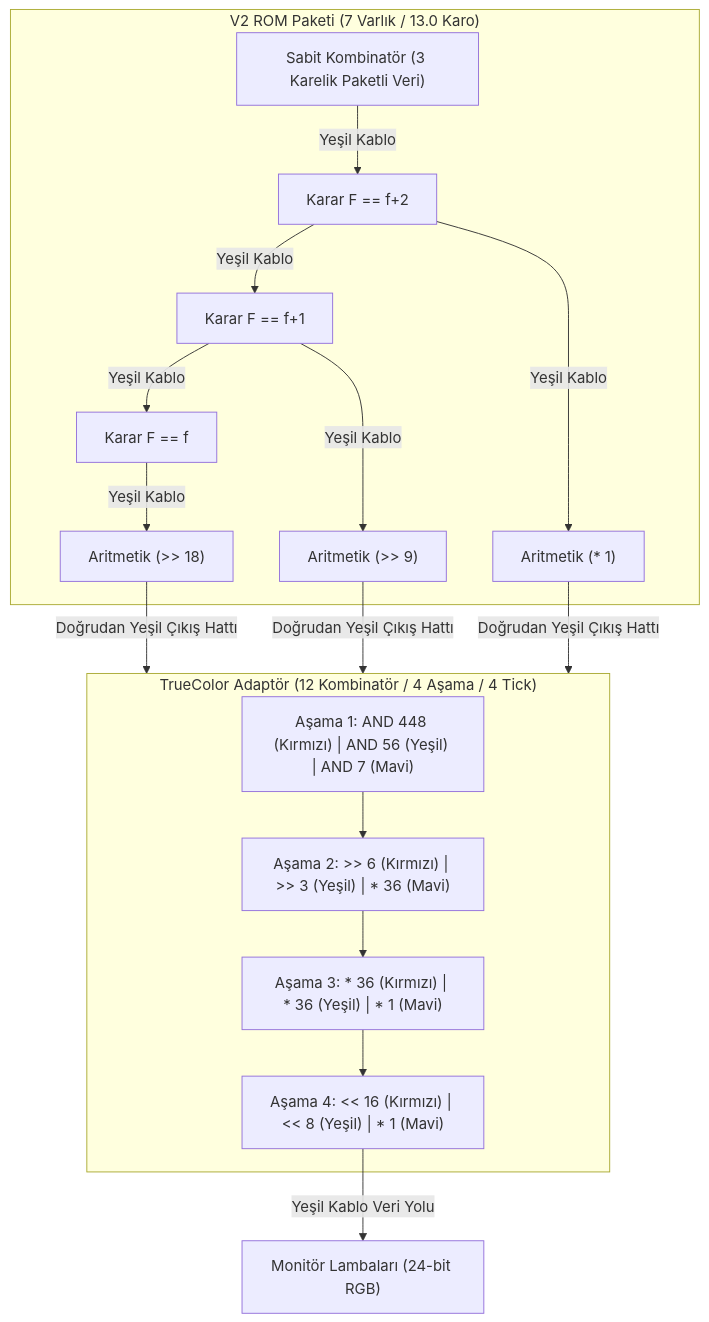
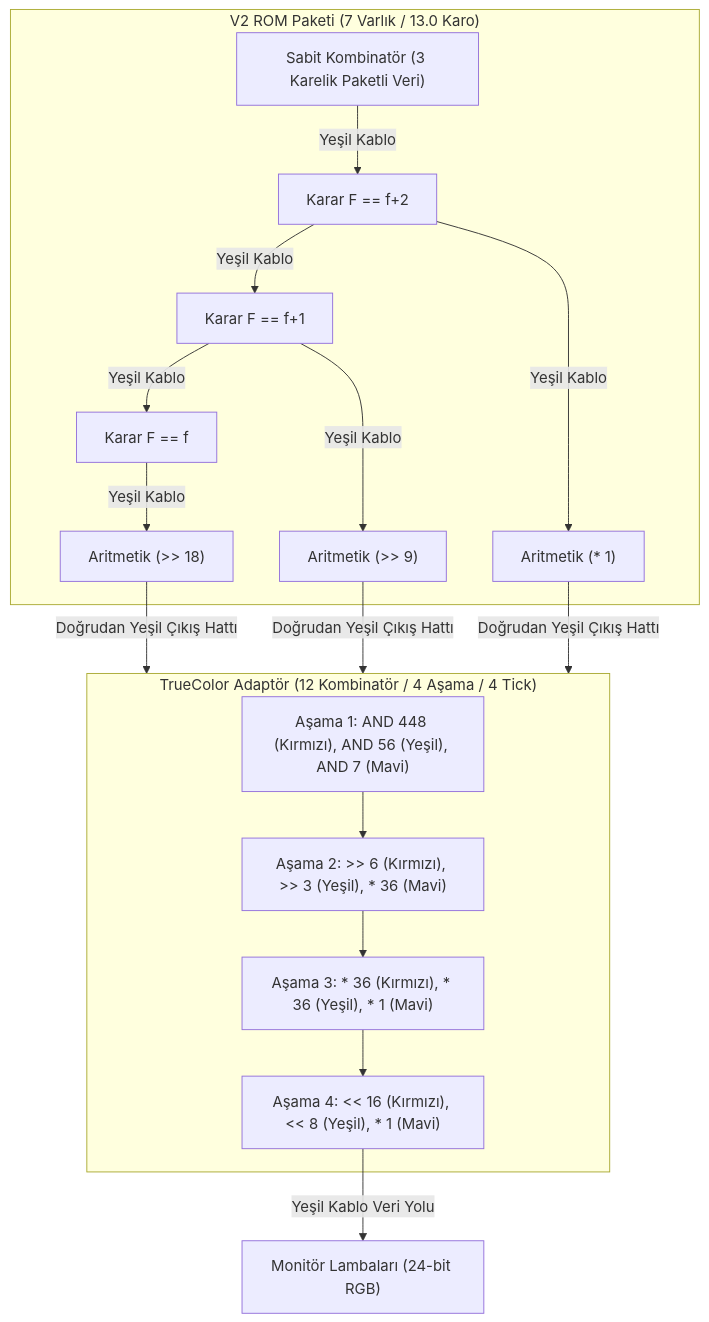
One commit to Lexanspe/Video-to-Factorio-Blueprint changed the fourth of 4 diagrams in docs/CIRCUIT_ENGINE_V1_V2_ARCHITECTURE.md. Above: the diagram before and after it, drawn with Mermaid. The commit also changed other lines of this file and 23 other files, not shown here.

````diff
--- a/docs/CIRCUIT_ENGINE_V1_V2_ARCHITECTURE.md
+++ b/docs/CIRCUIT_ENGINE_V1_V2_ARCHITECTURE.md
@@ -186,27 +186,27 @@
 ```mermaid
 graph TD
     subgraph ROM_Paketi["V2 ROM Paketi (7 Varlık / 13.0 Karo)"]
         CC["Sabit Kombinatör (3 Karelik Paketli Veri)"]
-        CC -->|Yeşil Kablo| D2["Karar F == f+2"]
-        D2 -->|Yeşil Kablo| D1["Karar F == f+1"]
-        D1 -->|Yeşil Kablo| D0["Karar F == f"]
+        CC -->|"Yeşil Kablo"| D2["Karar F == f+2"]
+        D2 -->|"Yeşil Kablo"| D1["Karar F == f+1"]
+        D1 -->|"Yeşil Kablo"| D0["Karar F == f"]
 
-        D0 -->|Yeşil Kablo| S0["Aritmetik (>> 18)"]
-        D1 -->|Yeşil Kablo| S1["Aritmetik (>> 9)"]
-        D2 -->|Yeşil Kablo| S2["Aritmetik (* 1)"]
+        D0 -->|"Yeşil Kablo"| S0["Aritmetik (>> 18)"]
+        D1 -->|"Yeşil Kablo"| S1["Aritmetik (>> 9)"]
+        D2 -->|"Yeşil Kablo"| S2["Aritmetik (* 1)"]
     end
 
-    S0 -->|Doğrudan Yeşil Çıkış Hattı| ADAPTOR
-    S1 -->|Doğrudan Yeşil Çıkış Hattı| ADAPTOR
-    S2 -->|Doğrudan Yeşil Çıkış Hattı| ADAPTOR
+    S0 -->|"Doğrudan Yeşil Çıkış Hattı"| ADAPTOR
+    S1 -->|"Doğrudan Yeşil Çıkış Hattı"| ADAPTOR
+    S2 -->|"Doğrudan Yeşil Çıkış Hattı"| ADAPTOR
 
     subgraph ADAPTOR["TrueColor Adaptör (12 Kombinatör / 4 Aşama / 4 Tick)"]
-        AS1["Aşama 1: AND 448 (Kırmızı) | AND 56 (Yeşil) | AND 7 (Mavi)"]
-        AS2["Aşama 2: >> 6 (Kırmızı) | >> 3 (Yeşil) | * 36 (Mavi)"]
-        AS3["Aşama 3: * 36 (Kırmızı) | * 36 (Yeşil) | * 1 (Mavi)"]
-        AS4["Aşama 4: << 16 (Kırmızı) | << 8 (Yeşil) | * 1 (Mavi)"]
+        AS1["Aşama 1: AND 448 (Kırmızı), AND 56 (Yeşil), AND 7 (Mavi)"]
+        AS2["Aşama 2: >> 6 (Kırmızı), >> 3 (Yeşil), * 36 (Mavi)"]
+        AS3["Aşama 3: * 36 (Kırmızı), * 36 (Yeşil), * 1 (Mavi)"]
+        AS4["Aşama 4: << 16 (Kırmızı), << 8 (Yeşil), * 1 (Mavi)"]
         AS1 --> AS2 --> AS3 --> AS4
     end
 
-    AS4 -->|Yeşil Kablo Veri Yolu| MONITOR["Monitör Lambaları (24-bit RGB)"]
+    AS4 -->|"Yeşil Kablo Veri Yolu"| MONITOR["Monitör Lambaları (24-bit RGB)"]
 ```
````
